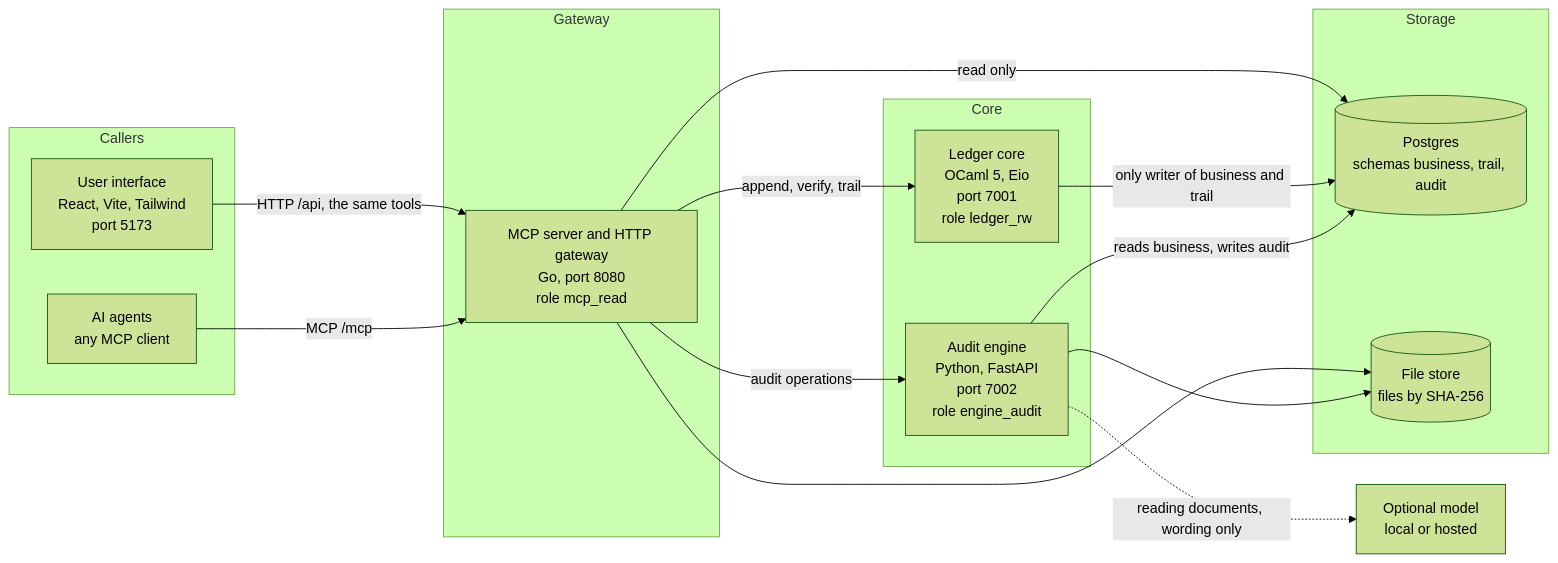
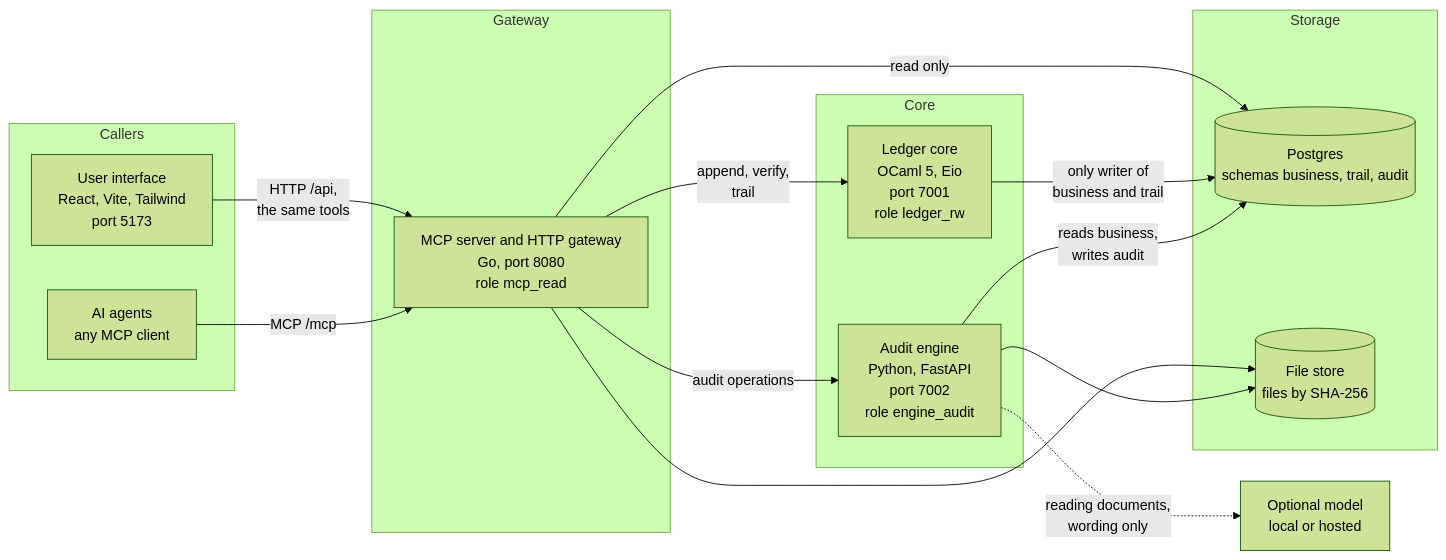
The first of 5 diagrams in ARCHITECTURE.md (dharmi10/Sanchay--Agentic-Statutory-Audit-Engine), drawn with Mermaid (forest theme) before and after one commit. The commit also changed other lines of this file and 2 other files, not shown here.

Commit message:
Keep flowchart labels whole on GitHub instead of cut at the edge of a box

````diff
--- a/ARCHITECTURE.md
+++ b/ARCHITECTURE.md
@@ -15,34 +15,35 @@
 ```mermaid
+%%{init: {"flowchart": {"wrappingWidth": 600}}}%%
 flowchart LR
     subgraph Callers
         UI["User interface<br/>React, Vite, Tailwind<br/>port 5173"]
         AG["AI agents<br/>any MCP client"]
     end
 
     subgraph Gateway
         MCP["MCP server and HTTP gateway<br/>Go, port 8080<br/>role mcp_read"]
     end
 
     subgraph Core
         LED["Ledger core<br/>OCaml 5, Eio<br/>port 7001<br/>role ledger_rw"]
         ENG["Audit engine<br/>Python, FastAPI<br/>port 7002<br/>role engine_audit"]
     end
 
     subgraph Storage
         DB[("Postgres<br/>schemas business, trail, audit")]
         FS[("File store<br/>files by SHA-256")]
     end
 
     LLM["Optional model<br/>local or hosted"]
 
-    UI -->|"HTTP /api, the same tools"| MCP
+    UI -->|"HTTP /api,<br/>the same tools"| MCP
     AG -->|"MCP /mcp"| MCP
-    MCP -->|"append, verify, trail"| LED
+    MCP -->|"append, verify,<br/>trail"| LED
     MCP -->|"audit operations"| ENG
     MCP -->|"read only"| DB
-    LED -->|"only writer of business and trail"| DB
-    ENG -->|"reads business, writes audit"| DB
+    LED -->|"only writer of<br/>business and trail"| DB
+    ENG -->|"reads business,<br/>writes audit"| DB
     MCP --> FS
     ENG --> FS
-    ENG -.->|"reading documents, wording only"| LLM
+    ENG -.->|"reading documents,<br/>wording only"| LLM
 ```
````
